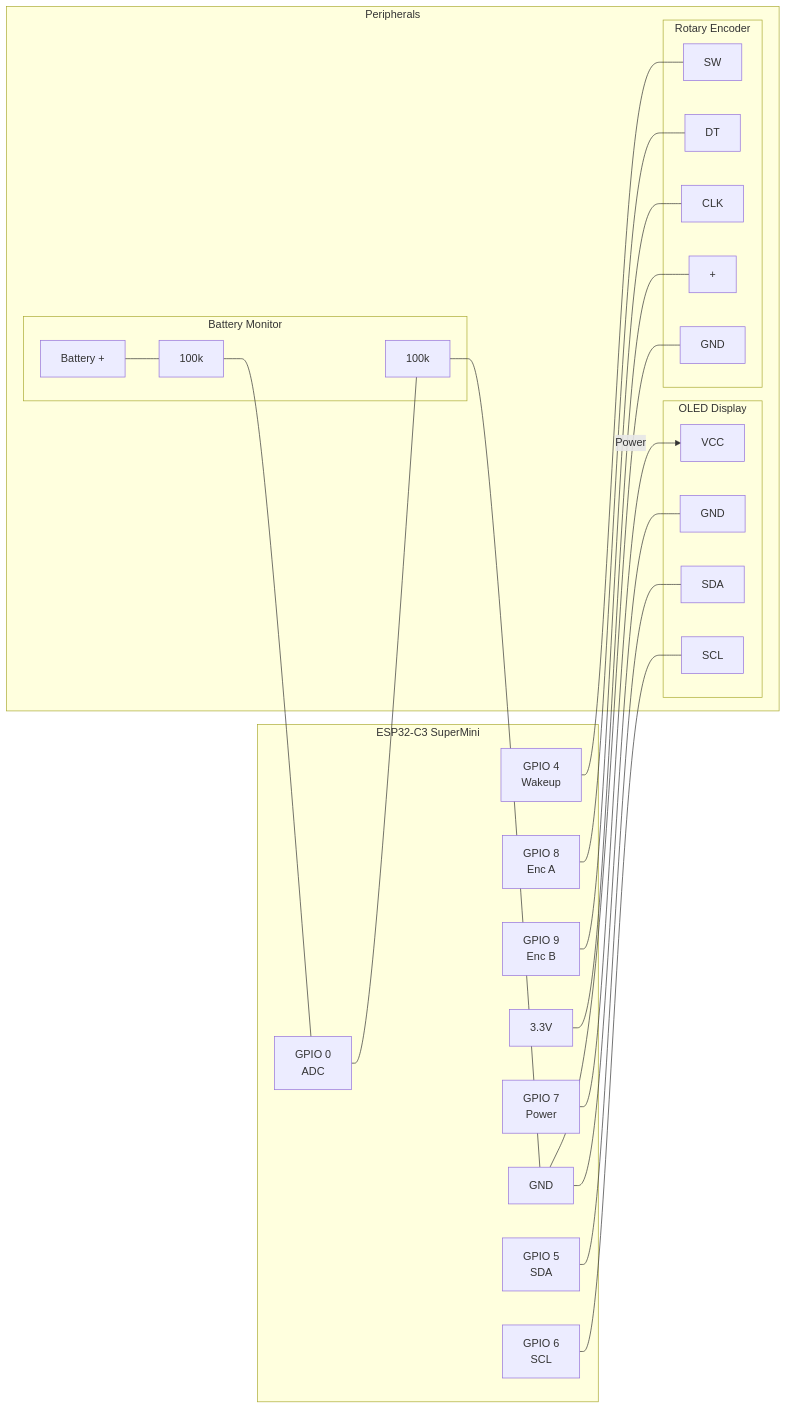
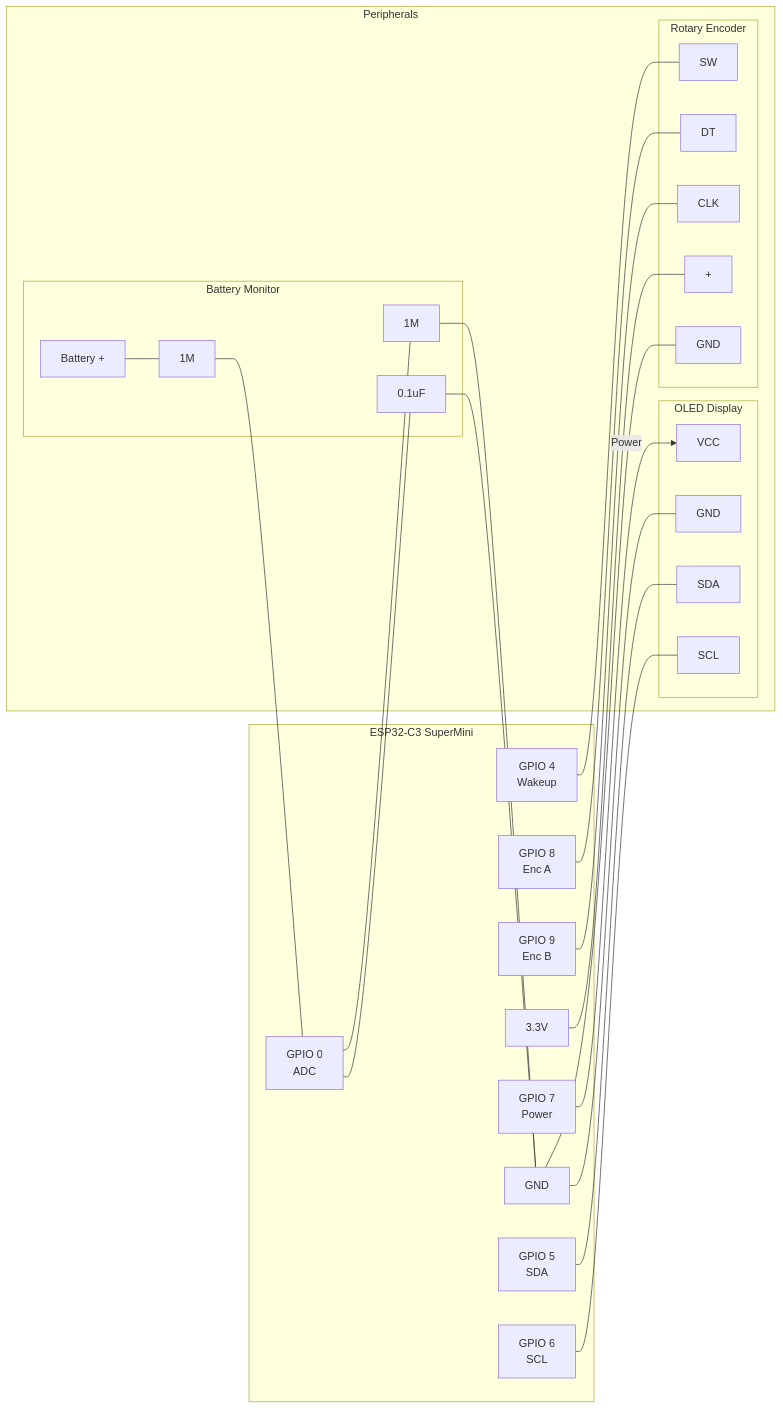
Before and after one commit to orkanm/HARem: the diagram in PINOUT.md, drawn with Mermaid. The commit also changed other lines of this file and 1 other file, not shown here.

Commit message:
Update voltage divider design to Ultra Low Power (1MΩ + Cap)

````diff
--- a/PINOUT.md
+++ b/PINOUT.md
@@ -25,54 +25,59 @@
 ```mermaid
 graph LR
     subgraph ESP32_C3_SuperMini [ESP32-C3 SuperMini]
         GPIO0[GPIO 0<br>ADC]
         GPIO4[GPIO 4<br>Wakeup]
         GPIO5[GPIO 5<br>SDA]
         GPIO6[GPIO 6<br>SCL]
         GPIO7[GPIO 7<br>Power]
         GPIO8[GPIO 8<br>Enc A]
         GPIO9[GPIO 9<br>Enc B]
         V33[3.3V]
         GND[GND]
     end
 
     subgraph Peripherals
         subgraph OLED [OLED Display]
             O_VCC[VCC]
             O_GND[GND]
             O_SDA[SDA]
             O_SCL[SCL]
         end
 
         subgraph Encoder [Rotary Encoder]
             E_SW[SW]
             E_DT[DT]
             E_CLK[CLK]
             E_VCC[+]
             E_GND[GND]
         end
 
         subgraph Battery_Mon [Battery Monitor]
             BAT[Battery +]
-            R1[100k]
-            R2[100k]
+            R1[1M]
+            R2[1M]
+            C1[0.1uF]
         end
     end
 
     %% Wiring
     GPIO7 -->|Power| O_VCC
     GPIO5 --- O_SDA
     GPIO6 --- O_SCL
     GND --- O_GND
 
     GPIO4 --- E_SW
     GPIO8 --- E_DT
     GPIO9 --- E_CLK
     V33 --- E_VCC
     GND --- E_GND
 
     BAT --- R1
     R1 --- GPIO0
     GPIO0 --- R2
     R2 --- GND
+    
+    %% Capacitor for stability
+    GPIO0 --- C1
+    C1 --- GND
 ```
````
